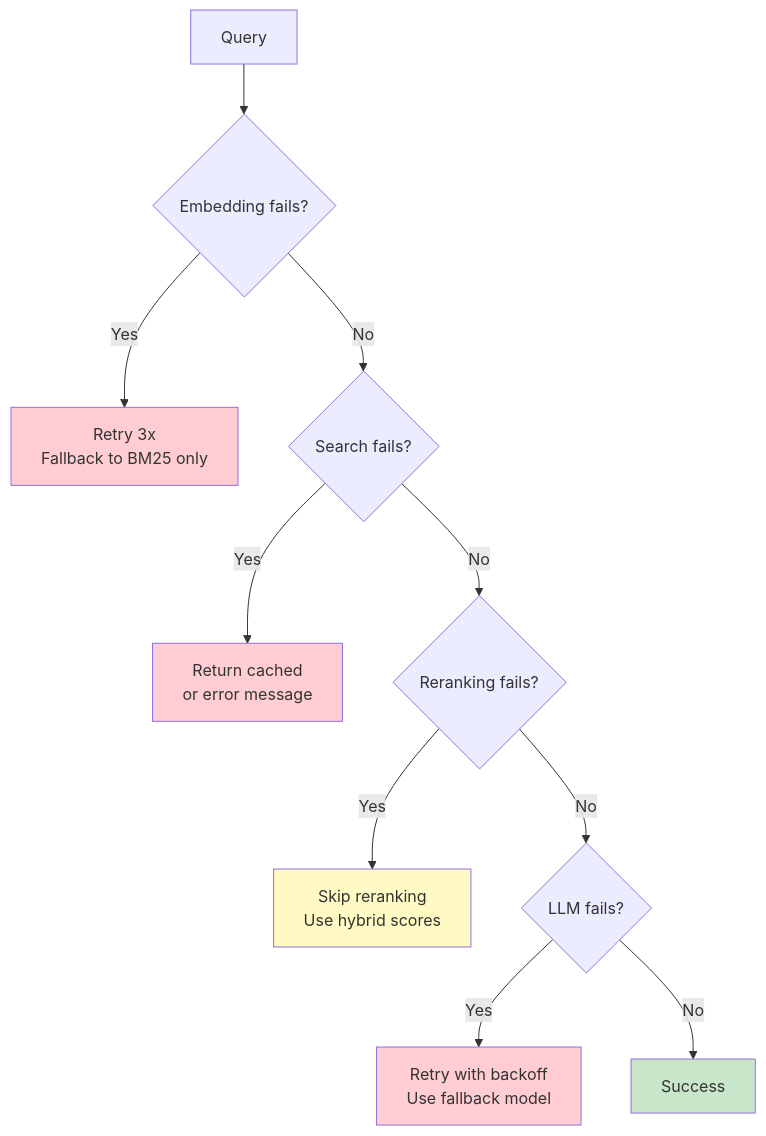
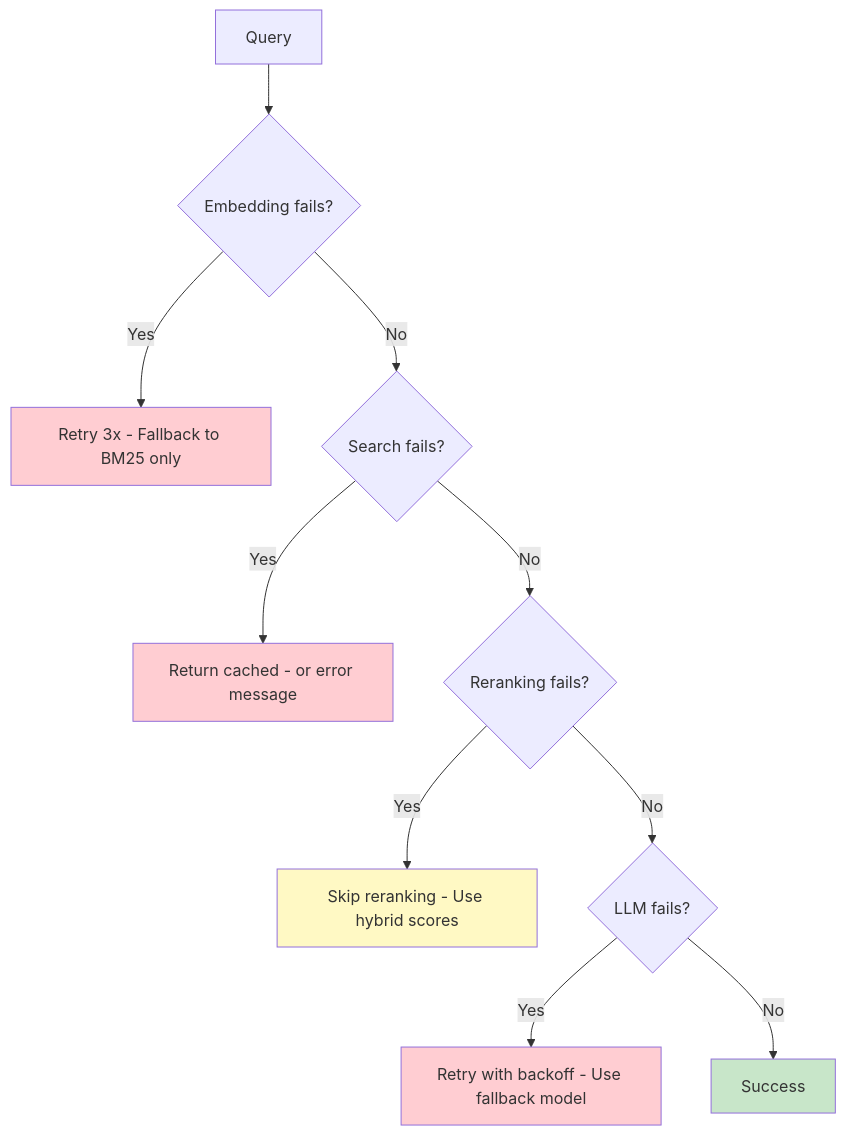
One commit to indhra/llm_rag_sec_findings changed the fifth of 5 diagrams in docs/learning/09-production.md. Above: the diagram before and after it, drawn with Mermaid. The commit also changed other lines of this file and 9 other files, not shown here.

````diff
--- a/docs/learning/09-production.md
+++ b/docs/learning/09-production.md
@@ -423,18 +426,18 @@
 ```mermaid
 graph TB
     Q[Query] --> E1{Embedding fails?}
-    E1 -->|Yes| F1[Retry 3x<br/>Fallback to BM25 only]
+    E1 -->|Yes| F1[Retry 3x - Fallback to BM25 only]
     E1 -->|No| S{Search fails?}
-    S -->|Yes| F2[Return cached<br/>or error message]
+    S -->|Yes| F2[Return cached - or error message]
     S -->|No| R{Reranking fails?}
-    R -->|Yes| F3[Skip reranking<br/>Use hybrid scores]
+    R -->|Yes| F3[Skip reranking - Use hybrid scores]
     R -->|No| L{LLM fails?}
-    L -->|Yes| F4[Retry with backoff<br/>Use fallback model]
+    L -->|Yes| F4[Retry with backoff - Use fallback model]
     L -->|No| OK[Success]
     
     style F1 fill:#ffcdd2
     style F2 fill:#ffcdd2
     style F3 fill:#fff9c4
     style F4 fill:#ffcdd2
     style OK fill:#c8e6c9
 ```
````
